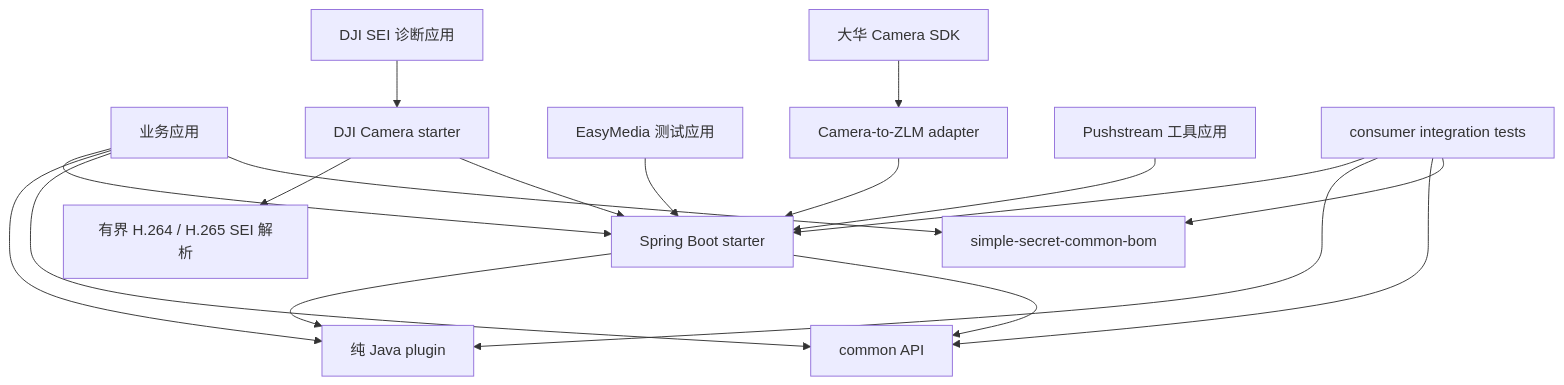
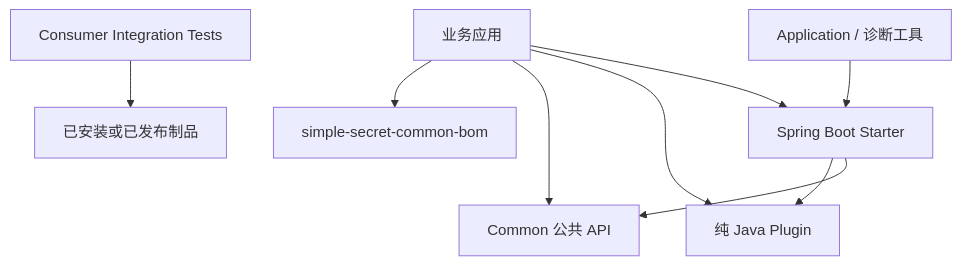
Before and after one commit to Secret799/simple-secret: the diagram in README.md, drawn with Mermaid. The commit also changed other lines of this file and 1 other file, not shown here.

````diff
--- a/README.md
+++ b/README.md
@@ -49,20 +31,11 @@
 ```mermaid
 flowchart TD
     APP["业务应用"] --> BOM["simple-secret-common-bom"]
-    APP --> COMMON["common API"]
-    APP --> PLUGIN["纯 Java plugin"]
-    APP --> STARTER["Spring Boot starter"]
+    APP --> COMMON["Common 公共 API"]
+    APP --> PLUGIN["纯 Java Plugin"]
+    APP --> STARTER["Spring Boot Starter"]
+    STARTER --> PLUGIN
     STARTER --> COMMON
-    STARTER --> PLUGIN
-    CAMERA["大华 Camera SDK"] --> ADAPTER["Camera-to-ZLM adapter"]
-    ADAPTER --> STARTER
-    SAMPLE["EasyMedia 测试应用"] --> STARTER
-    DJI["DJI SEI 诊断应用"] --> DJI_STARTER["DJI Camera starter"]
-    DJI_STARTER --> STARTER
-    DJI_STARTER --> SEI["有界 H.264 / H.265 SEI 解析"]
-    PUSH["Pushstream 工具应用"] --> STARTER
-    TEST["consumer integration tests"] --> BOM
-    TEST --> COMMON
-    TEST --> PLUGIN
-    TEST --> STARTER
+    SAMPLE["Application / 诊断工具"] --> STARTER
+    CONSUMER["Consumer Integration Tests"] --> ARTIFACT["已安装或已发布制品"]
 ```
````
